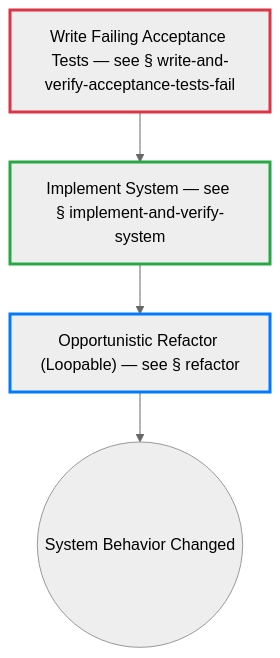
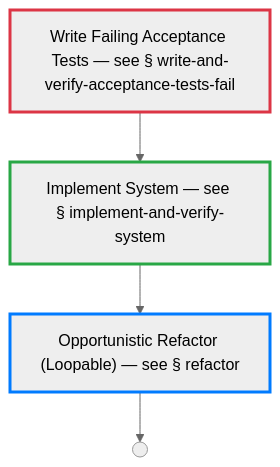
The seventh of 53 diagrams in docs/process-diagram.md (optivem/gh-optivem), drawn with Mermaid (neutral theme) before and after one commit. The commit also changed other lines of this file and 1 other file, not shown here.

````diff
--- a/docs/process-diagram.md
+++ b/docs/process-diagram.md
@@ -174,20 +172,20 @@
 ```mermaid
 flowchart TD
-    CHANGE_SYSTEM_BEHAVIOR_END((System Behavior Changed))
+    CHANGE_SYSTEM_BEHAVIOR_END(( ))
     IMPLEMENT_AND_VERIFY_SYSTEM[Implement System — see § implement-and-verify-system]
     REFACTOR_OPPORTUNISTICALLY["Opportunistic Refactor (Loopable) — see § refactor"]
     WRITE_AND_VERIFY_ACCEPTANCE_TESTS_FAIL[Write Failing Acceptance Tests — see § write-and-verify-acceptance-tests-fail]
 
     WRITE_AND_VERIFY_ACCEPTANCE_TESTS_FAIL --> IMPLEMENT_AND_VERIFY_SYSTEM
     IMPLEMENT_AND_VERIFY_SYSTEM --> REFACTOR_OPPORTUNISTICALLY
     REFACTOR_OPPORTUNISTICALLY --> CHANGE_SYSTEM_BEHAVIOR_END
 
     classDef tddRedNode stroke:#dc3545,stroke-width:3px
     class WRITE_AND_VERIFY_ACCEPTANCE_TESTS_FAIL tddRedNode
 
     classDef tddGreenNode stroke:#28a745,stroke-width:3px
     class IMPLEMENT_AND_VERIFY_SYSTEM tddGreenNode
 
     classDef tddRefactorNode stroke:#007bff,stroke-width:3px
     class REFACTOR_OPPORTUNISTICALLY tddRefactorNode
 ```
````
